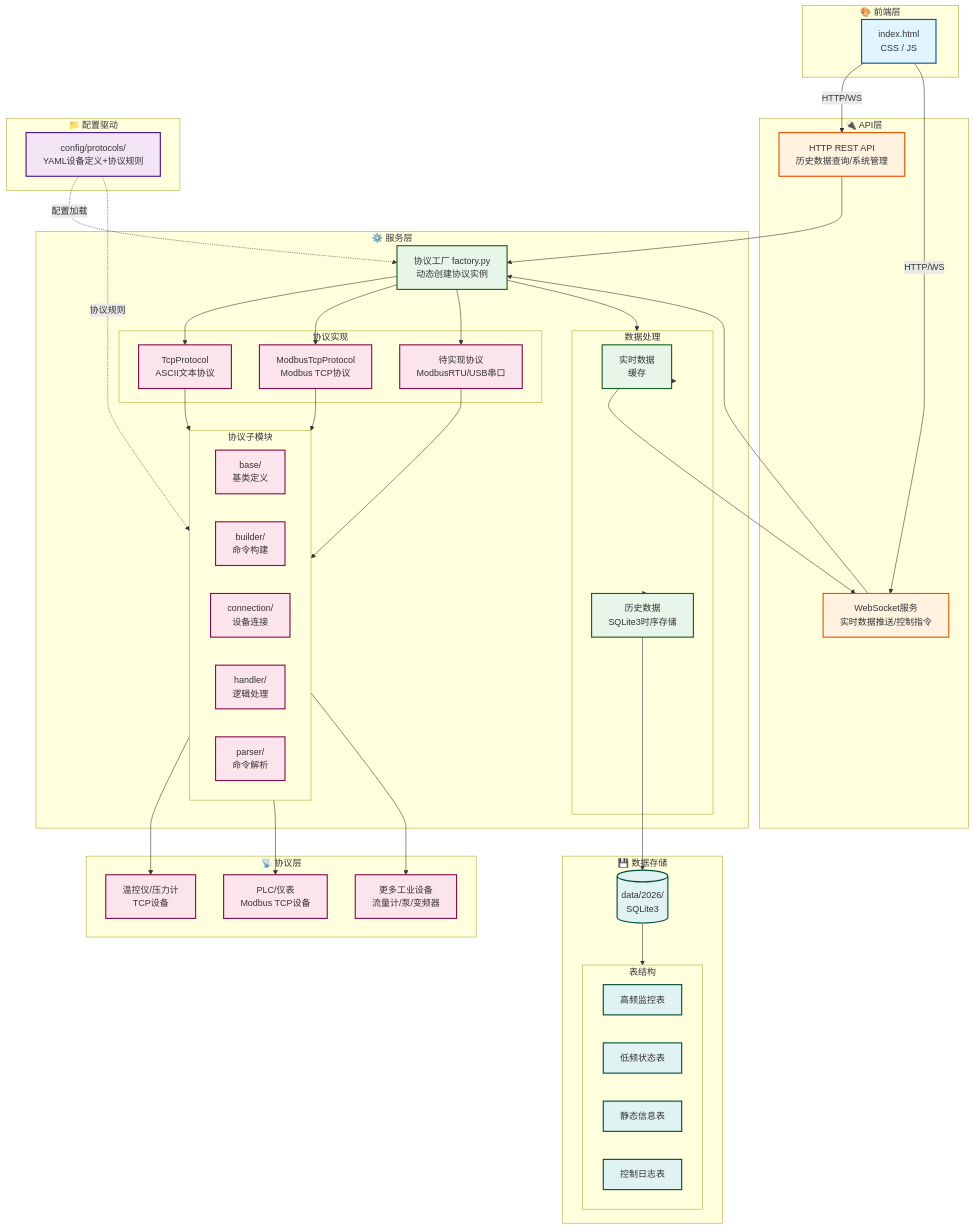
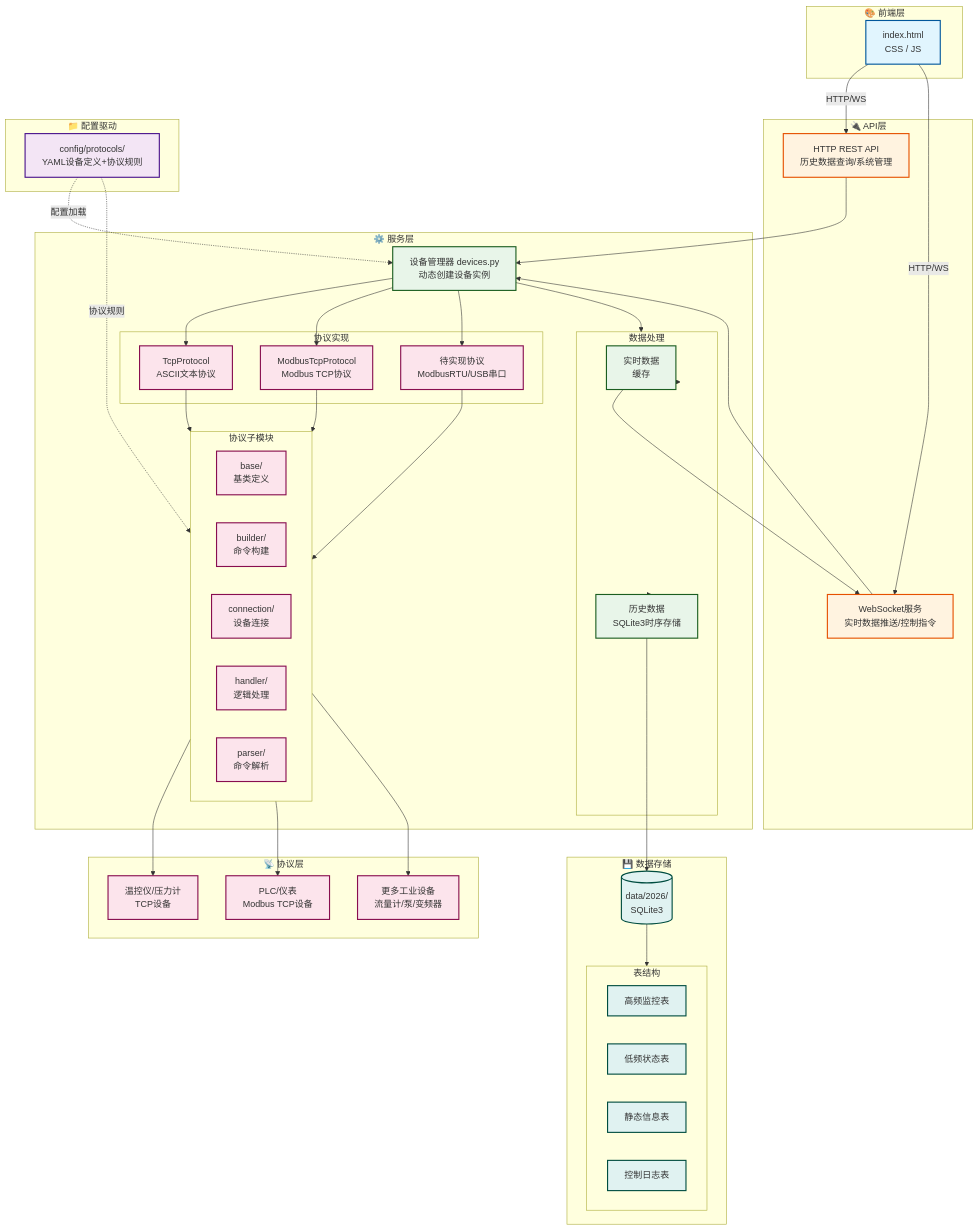
Before and after one commit to Rnscreen/DeviceHub: the first of 2 diagrams in README.md, drawn with Mermaid. The commit also changed other lines of this file and 22 other files, not shown here.

```diff
--- a/README.md
+++ b/README.md
@@ -19,7 +20,7 @@
     end
 
     subgraph Service["⚙️ 服务层"]
-        Factory[协议工厂 factory.py<br/>动态创建协议实例]
+        Factory[设备管理器 devices.py<br/>动态创建设备实例]
         
         subgraph Protocols["协议实现"]
             TCP[TcpProtocol<br/>ASCII文本协议]
```
